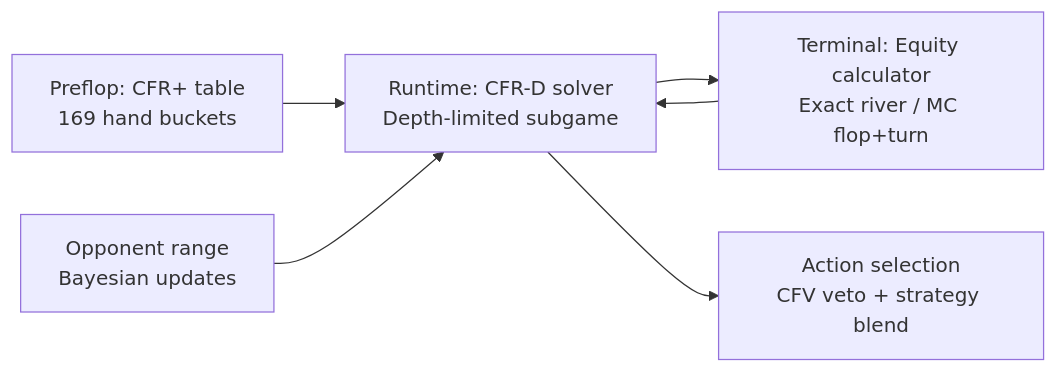
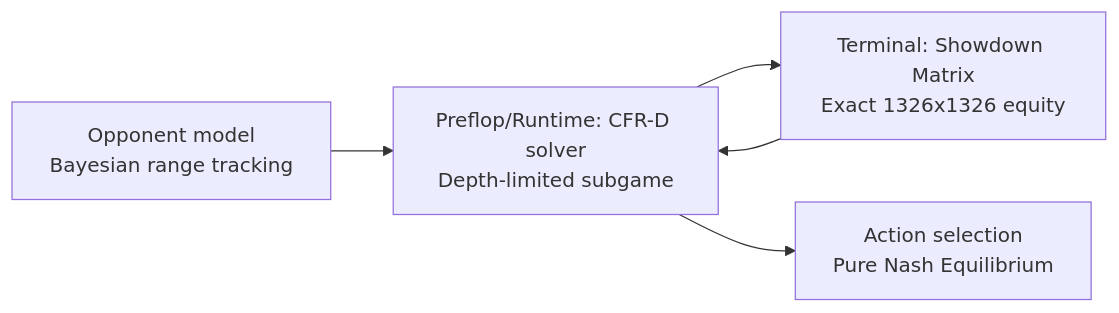
One commit to zee-ge3/cfr-poker-bot changed the diagram in README.md. Above: the diagram before and after it, drawn with Mermaid. The commit also changed other lines of this file and 9 other files, not shown here.

Commit message:
feat: upgrade to true public state CFR with exact showdown matrix and stable range tracking

````diff
--- a/README.md
+++ b/README.md
@@ -17,8 +16,7 @@
 ```mermaid
 graph LR
-    A[Preflop: CFR+ table\n169 hand buckets] --> B[Runtime: CFR-D solver\nDepth-limited subgame]
-    B --> C[Terminal: Equity calculator\nExact river / MC flop+turn]
-    C --> B
-    B --> D[Action selection\nCFV veto + strategy blend]
-    E[Opponent range\nBayesian updates] --> B
+    A[Preflop/Runtime: CFR-D solver\nDepth-limited subgame] --> B[Terminal: Showdown Matrix\nExact 1326x1326 equity]
+    B --> A
+    A --> C[Action selection\nPure Nash Equilibrium]
+    D[Opponent model\nBayesian range tracking] --> A
 ```
````
